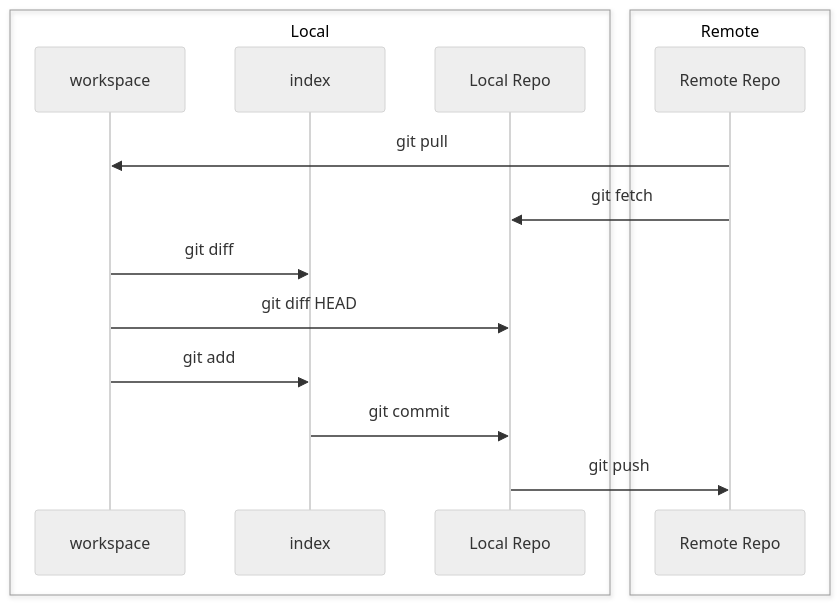
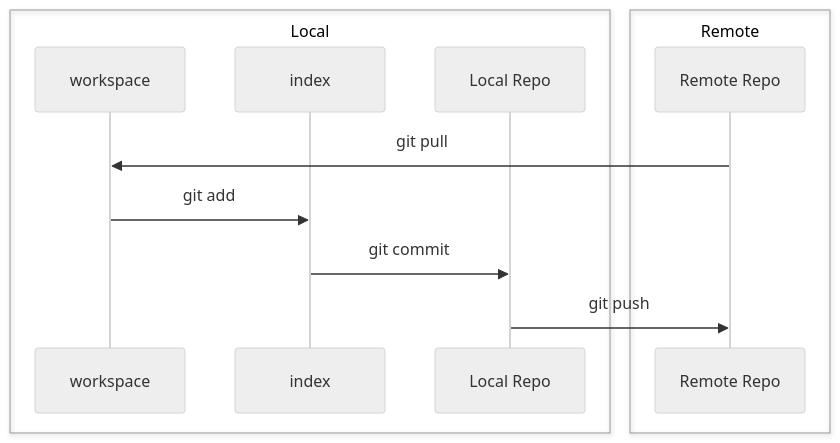
The diagram in introduction_to_git.qmd (TheDataLabScotland/tdl-academy-git-intro), drawn with Mermaid before and after one commit.

Commit message:
make diagram simpler, list of most common git commands in order of execution. git pull, add, commit, push

````diff
--- a/introduction_to_git.qmd
+++ b/introduction_to_git.qmd
@@ -25,32 +25,29 @@
 ```{mermaid}
 sequenceDiagram
   box Local
   participant workspace
   participant index
   participant localRepo as Local Repo
   end
   box Remote
   participant remoteRepo as Remote Repo
   end
 
   remoteRepo->>workspace: git pull
-  remoteRepo->>localRepo: git fetch
-  workspace->>index: git diff
-  workspace->>localRepo: git diff HEAD
   workspace->>index: git add
   index->>localRepo: git commit
   localRepo->>remoteRepo: git push
 
   %%{
     init:{
         'theme':'neutral',
         'themeCSS':'.messageLine0:nth-of-type(1) {stroke: #ff6614; stroke-width: 5px; }.messageLine0:nth-of-type(2) { stroke: #ffab24; stroke-width: 5px; }.messageLine0:nth-of-type(3) { stroke: #22a7d4; stroke-width: 5px; }.messageLine0:nth-of-type(4) { stroke: #23ad94; stroke-width: 5px; }.messageLine0:nth-of-type(5) { stroke: #8aa825; stroke-width: 5px; }.messageLine0:nth-of-type(6) { stroke: brown; stroke-width: 5px; }.messageLine0:nth-of-type(7) { stroke: #8c3ab5; stroke-width: 5px; }.messageLine0:nth-of-type(8) { stroke: #999999; stroke-width: 2px; }.messageText:nth-of-type(1) { fill: black; font-size: 20px !important; font-weight: bold; }.messageText:nth-of-type(2) { fill: black; font-size: 20px !important; font-weight: bold; }.messageText:nth-of-type(3) { fill: black; font-size: 20px !important; font-weight: bold; }.messageText:nth-of-type(4) { fill: black; font-size: 20px !important; font-weight: bold; }.messageText:nth-of-type(5) { fill: black; font-size: 20px !important; font-weight: bold; }.messageText:nth-of-type(6) { fill: black; font-size: 20px !important; font-weight: bold; }.messageText:nth-of-type(7) { fill: black; font-size: 20px !important; font-weight: bold; } #arrowhead path {stroke-width: 4px;}.actor rect { font-size: 40px !important; } text.actor {fill: black; font-size: 25px !important; font-weight: bold;}'
         }
     }%%
   %%{
     init: { 'sequence': {'mirrorActors':true} }
   }%%
 
 %% annoyingly I can't figure out a way to increase text size of the words: workspace, index, local repo and remote repo
 
 ```
````
